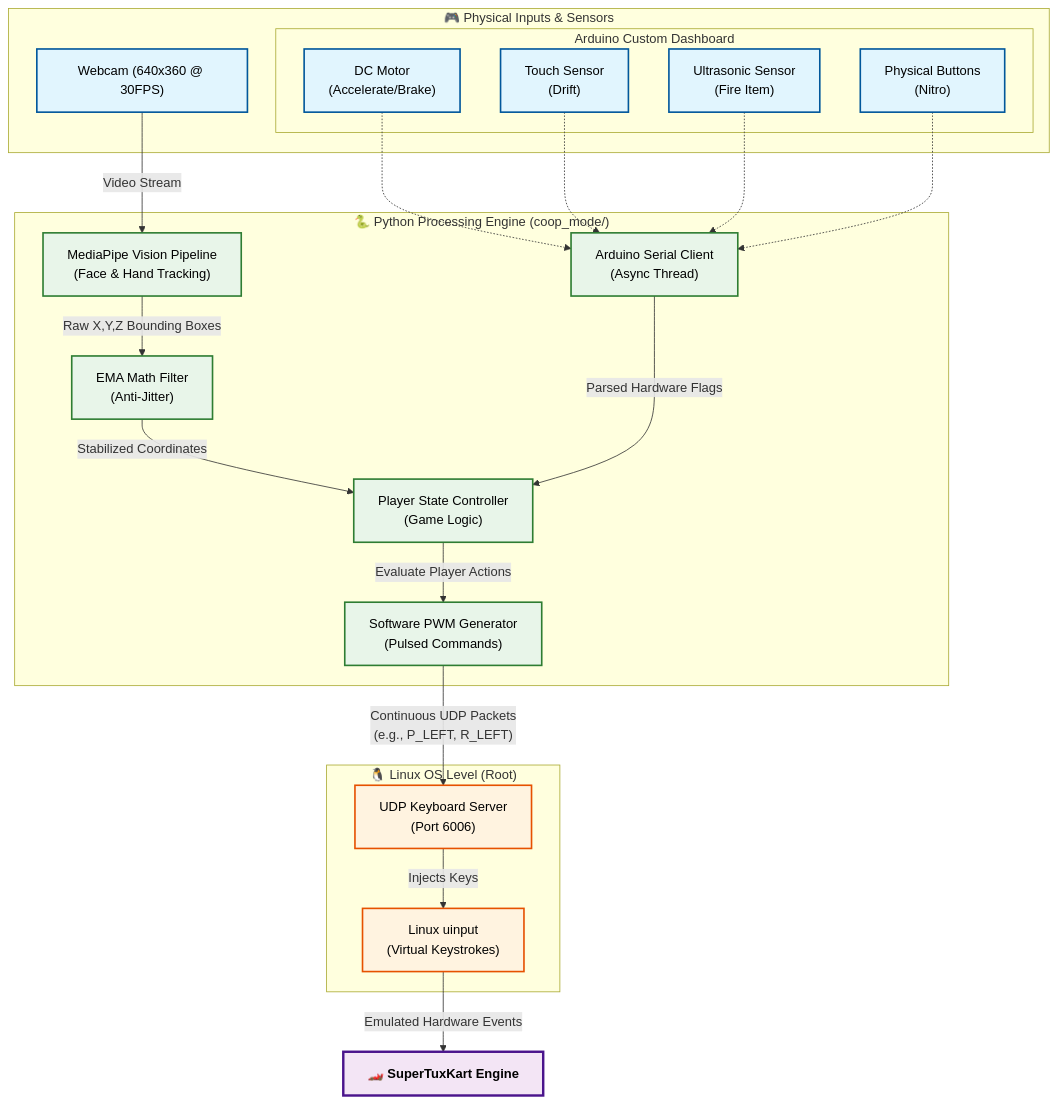
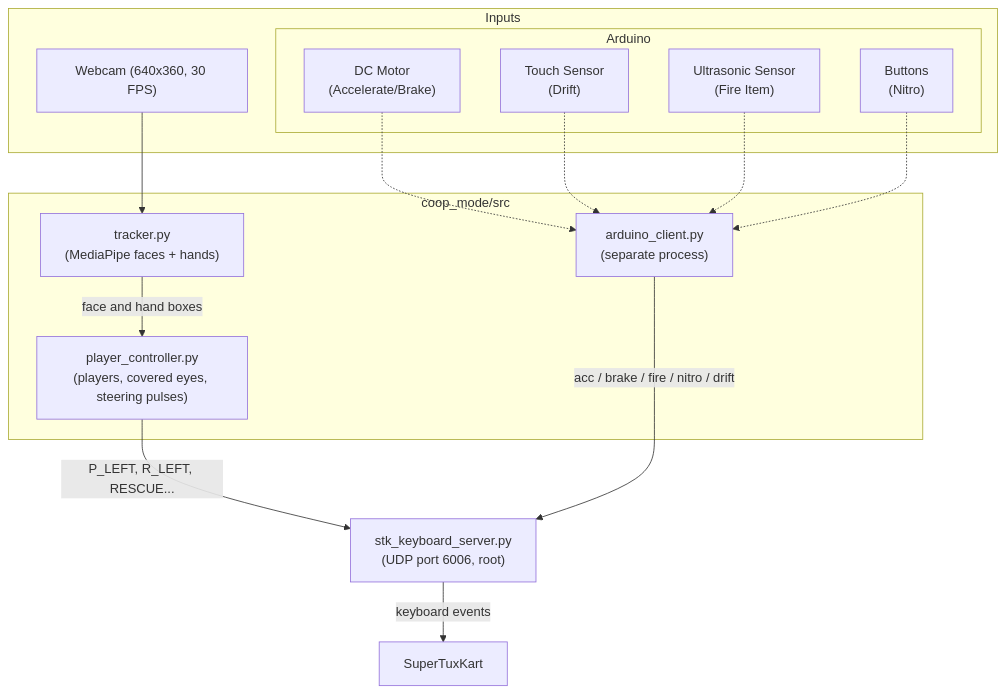
Before and after one commit to Lucas-P-Souza/STK_controller: the second of 2 diagrams in README.md, drawn with Mermaid. The commit also changed other lines of this file, not shown here.

````diff
--- a/README.md
+++ b/README.md
@@ -85,57 +73,32 @@
 ```mermaid
 flowchart TD
-    %% Physical Inputs
-    subgraph Inputs ["🎮 Physical Inputs & Sensors"]
-        Cam["Webcam (640x360 @ 30FPS)"]
-        subgraph Ard ["Arduino Custom Dashboard"]
+    subgraph Inputs ["Inputs"]
+        Cam["Webcam (640x360, 30 FPS)"]
+        subgraph Ard ["Arduino"]
             Motor["DC Motor\n(Accelerate/Brake)"]
             Touch["Touch Sensor\n(Drift)"]
             Ultra["Ultrasonic Sensor\n(Fire Item)"]
-            Btn["Physical Buttons\n(Nitro)"]
+            Btn["Buttons\n(Nitro)"]
         end
     end
 
-    %% Python Processing Engine
-    subgraph Engine ["🐍 Python Processing Engine (coop_mode/)"]
-        Vision["MediaPipe Vision Pipeline\n(Face & Hand Tracking)"]
-        Filter["EMA Math Filter\n(Anti-Jitter)"]
-        ArduinoClient["Arduino Serial Client\n(Async Thread)"]
-        Logic["Player State Controller\n(Game Logic)"]
-        PWM["Software PWM Generator\n(Pulsed Commands)"]
+    subgraph Engine ["coop_mode/src"]
+        Vision["tracker.py\n(MediaPipe faces + hands)"]
+        Logic["player_controller.py\n(players, covered eyes, steering pulses)"]
+        ArduinoClient["arduino_client.py\n(separate process)"]
     end
 
-    %% OS and Game
-    subgraph OS ["🐧 Linux OS Level (Root)"]
-        UDP["UDP Keyboard Server\n(Port 6006)"]
-        UInput["Linux uinput\n(Virtual Keystrokes)"]
-    end
-    
-    Game["🏎️ SuperTuxKart Engine"]
+    UDP["stk_keyboard_server.py\n(UDP port 6006, root)"]
+    Game["SuperTuxKart"]
 
-    %% Connections
-    Cam -->|"Video Stream"| Vision
-    Vision -->|"Raw X,Y,Z Bounding Boxes"| Filter
-    Filter -->|"Stabilized Coordinates"| Logic
-    
+    Cam --> Vision
+    Vision -->|"face and hand boxes"| Logic
     Motor -.-> ArduinoClient
     Touch -.-> ArduinoClient
     Ultra -.-> ArduinoClient
     Btn -.-> ArduinoClient
-    
-    ArduinoClient -->|"Parsed Hardware Flags"| Logic
-    
-    Logic -->|"Evaluate Player Actions"| PWM
-    PWM -->|"Continuous UDP Packets\n(e.g., P_LEFT, R_LEFT)"| UDP
-    UDP -->|"Injects Keys"| UInput
-    UInput -->|"Emulated Hardware Events"| Game
 
-    classDef hardware fill:#e1f5fe,stroke:#01579b,stroke-width:2px,color:#000;
-    classDef software fill:#e8f5e9,stroke:#2e7d32,stroke-width:2px,color:#000;
-    classDef os fill:#fff3e0,stroke:#e65100,stroke-width:2px,color:#000;
-    classDef game fill:#f3e5f5,stroke:#4a148c,stroke-width:3px,color:#000,font-weight:bold;
-
-    class Cam,Motor,Touch,Ultra,Btn hardware;
-    class Vision,Filter,ArduinoClient,Logic,PWM software;
-    class UDP,UInput os;
-    class Game game;
+    Logic -->|"P_LEFT, R_LEFT, RESCUE..."| UDP
+    ArduinoClient -->|"acc / brake / fire / nitro / drift"| UDP
+    UDP -->|"keyboard events"| Game
 ```
````
